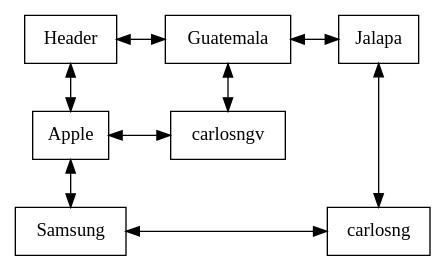
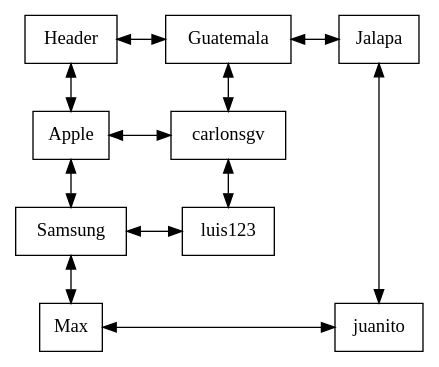
The diagram in -EDD-Proyecto_1/matrix.dot (CarlosNgv99/-EDD-Proyecto_1), drawn with Graphviz before and after one commit. The commit also changed 12 other files, not shown here.

```diff
--- a/-EDD-Proyecto_1/matrix.dot
+++ b/-EDD-Proyecto_1/matrix.dot
@@ -1,24 +1,31 @@
 digraph g{
 rankdir = TB;
 node [shape=rectangle, height=0.5, width=0.5];
 graph[ nodesep = 0.5];
 node0 [label="Header"];
 Guatemala[label="Guatemala"]
 Jalapa[label="Jalapa"]
 node0->Guatemala[dir=both];
 Guatemala->Jalapa[dir=both];
 Apple[label="Apple"]
 Samsung[label="Samsung"]
+Max[label="Max"]
 node0->Apple[dir=both];
 Apple->Samsung[dir=both];
-carlosngv[label="carlosngv"]
-Apple->carlosngv[constraint=false, dir=both];
-{rank=same; Apple; carlosngv;}
-Guatemala->carlosngv[dir=both]
-carlosngv[label="carlosngv"]
-carlosng[label="carlosng"]
-Samsung->carlosng[constraint=false, dir=both];
-{rank=same; Samsung; carlosng;}
-Jalapa->carlosng[dir=both]
-carlosng[label="carlosng"]
+Samsung->Max[dir=both];
+carlonsgv[label="carlonsgv"]
+Apple->carlonsgv[constraint=false, dir=both];
+{rank=same; Apple; carlonsgv;}
+Guatemala->carlonsgv[dir=both]
+luis123[label="luis123"]
+Samsung->luis123[constraint=false, dir=both];
+{rank=same; Samsung; luis123;}
+carlonsgv->luis123[dir=both]
+luis123[label="luis123"]
+juanito[label="juanito"]
+Max->juanito[constraint=false, dir=both];
+{rank=same; Max; juanito;}
+Jalapa->juanito[dir=both]
+juanito[label="juanito"]
+juanito[label="juanito"]
 {rank=same; node0; Guatemala; Jalapa;}}
```
